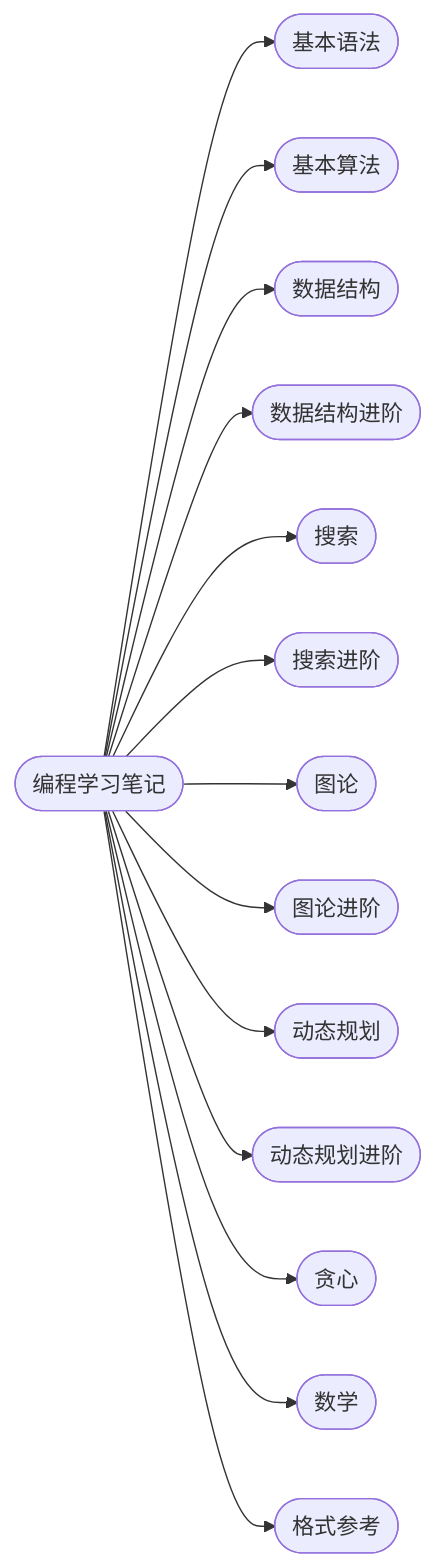
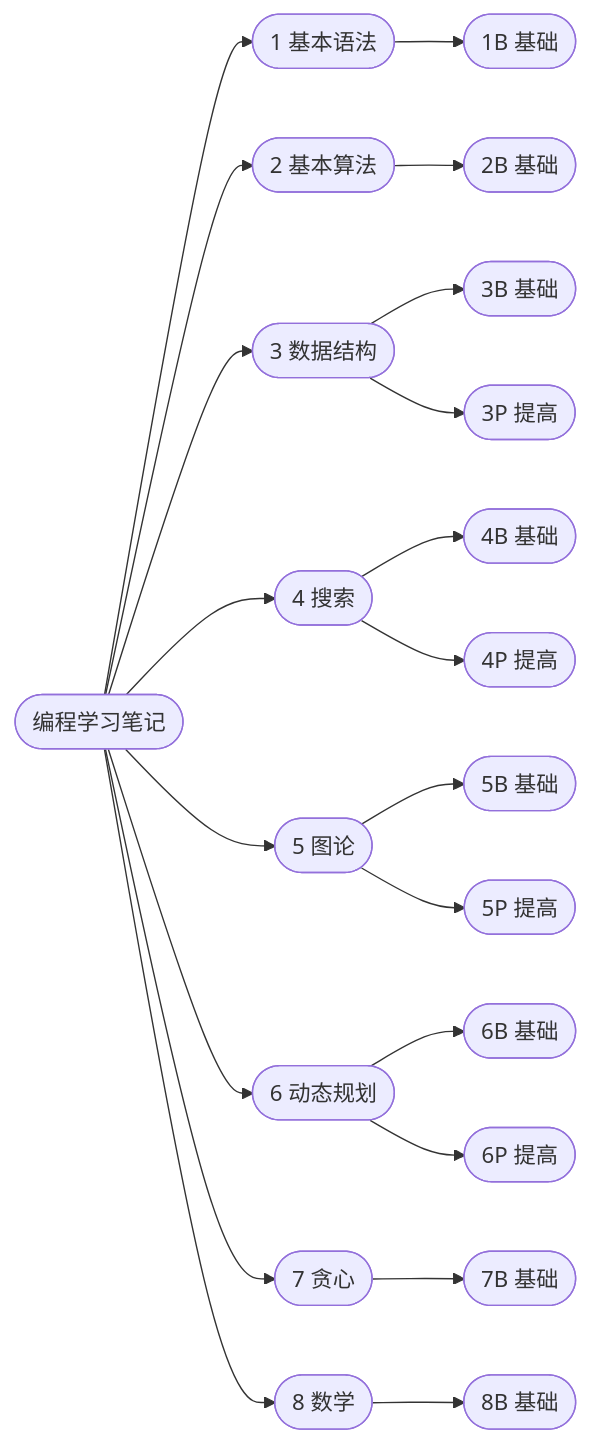
One commit to cuberxl/Coders-Note changed the diagram in index.md. Above: the diagram before and after it, drawn with Mermaid. The commit also changed other lines of this file and 1 other file, not shown here.

````diff
--- a/index.md
+++ b/index.md
@@ -36,17 +45,24 @@
 ```mermaid
 flowchart LR
     R(["编程学习笔记"])
-    R --> N1(["基本语法"])
-    R --> N2(["基本算法"])
-    R --> N3(["数据结构"])
-    R --> N4(["数据结构进阶"])
-    R --> N5(["搜索"])
-    R --> N6(["搜索进阶"])
-    R --> N7(["图论"])
-    R --> N8(["图论进阶"])
-    R --> N9(["动态规划"])
-    R --> N10(["动态规划进阶"])
-    R --> N11(["贪心"])
-    R --> N12(["数学"])
-    R --> N13(["格式参考"])
+    R --> A1(["1 基本语法"])
+    A1 --> A1B(["1B 基础"])
+    R --> A2(["2 基本算法"])
+    A2 --> A2B(["2B 基础"])
+    R --> A3(["3 数据结构"])
+    A3 --> A3B(["3B 基础"])
+    A3 --> A3P(["3P 提高"])
+    R --> A4(["4 搜索"])
+    A4 --> A4B(["4B 基础"])
+    A4 --> A4P(["4P 提高"])
+    R --> A5(["5 图论"])
+    A5 --> A5B(["5B 基础"])
+    A5 --> A5P(["5P 提高"])
+    R --> A6(["6 动态规划"])
+    A6 --> A6B(["6B 基础"])
+    A6 --> A6P(["6P 提高"])
+    R --> A7(["7 贪心"])
+    A7 --> A7B(["7B 基础"])
+    R --> A8(["8 数学"])
+    A8 --> A8B(["8B 基础"])
 ```
````
